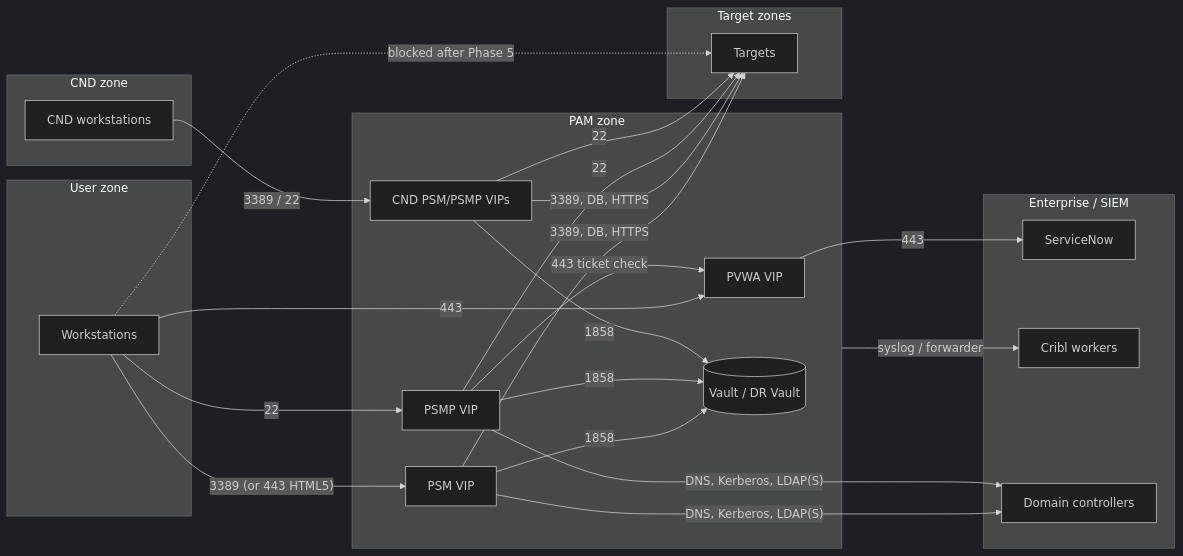
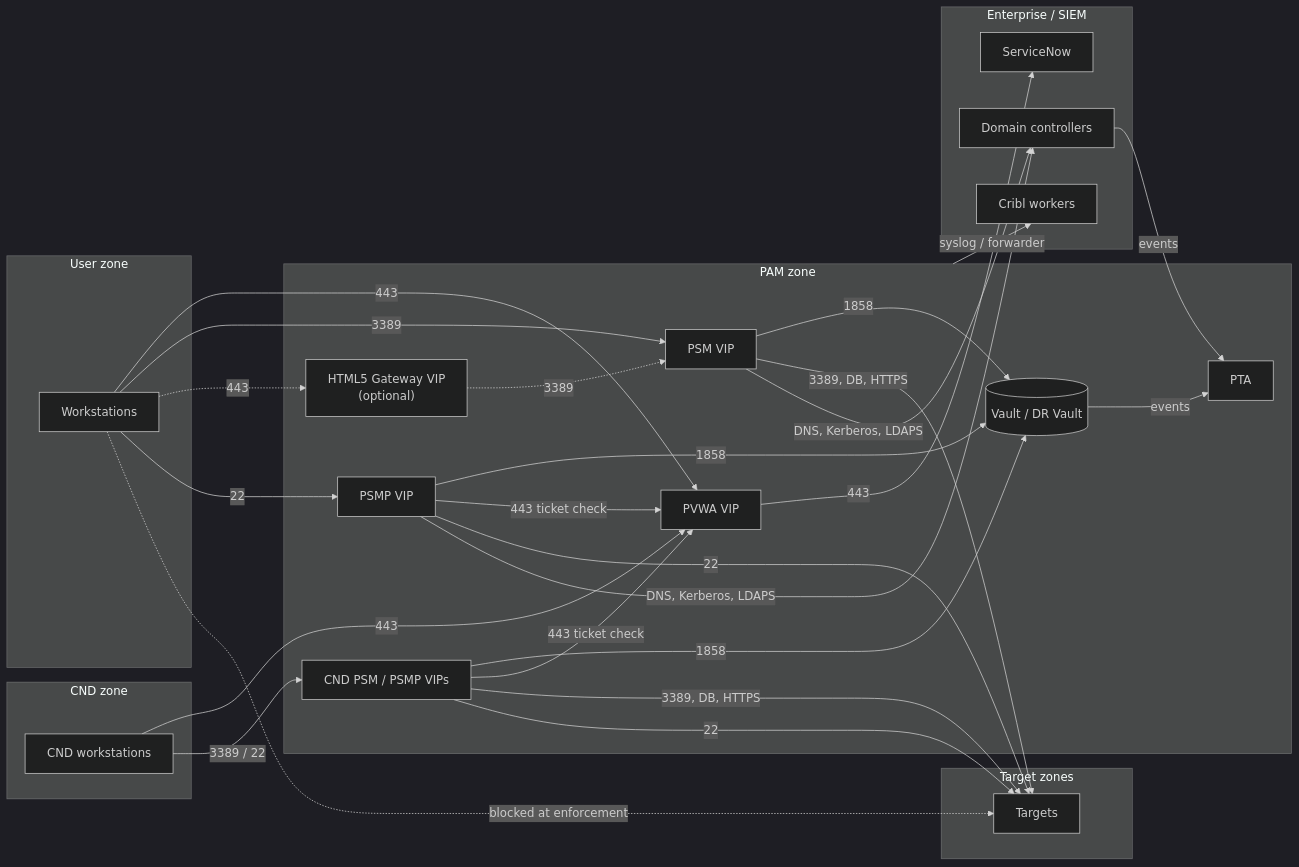
Before and after one commit to cnampalli/CB-Raap-Vault: the third of 11 diagrams in docs/cyberark-psm/impact-assessment.md, drawn with Mermaid (dark theme). The commit also changed other lines of this file, not shown here.

First line of the commit message:
docs(psm): impact assessment v0.9 - stakeholder review, gates, design deliverables

````diff
--- a/docs/cyberark-psm/impact-assessment.md
+++ b/docs/cyberark-psm/impact-assessment.md
@@ -365,36 +467,41 @@
 ```mermaid
 flowchart LR
     subgraph UZ["User zone"]
         WS["Workstations"]
     end
     subgraph CZ["CND zone"]
         CWS["CND workstations"]
     end
     subgraph PZ["PAM zone"]
         PVWA["PVWA VIP"]
         PSMV["PSM VIP"]
+        GWV["HTML5 Gateway VIP<br/>(optional)"]
         PSMPV["PSMP VIP"]
-        CNDV["CND PSM/PSMP VIPs"]
+        CNDV["CND PSM / PSMP VIPs"]
         VLT[("Vault / DR Vault")]
+        PTA["PTA"]
     end
     subgraph TZ["Target zones"]
         T["Targets"]
     end
     subgraph SZ["Enterprise / SIEM"]
         SN["ServiceNow"]
         CR["Cribl workers"]
         DC["Domain controllers"]
     end
-    WS -->|"443"| PVWA
-    WS -->|"3389 (or 443 HTML5)"| PSMV
+    WS & CWS -->|"443"| PVWA
+    WS -->|"3389"| PSMV
+    WS -.->|"443"| GWV
+    GWV -.->|"3389"| PSMV
     WS -->|"22"| PSMPV
     CWS -->|"3389 / 22"| CNDV
     PSMV & PSMPV & CNDV -->|"1858"| VLT
-    PSMPV -->|"443 ticket check"| PVWA
+    PSMPV & CNDV -->|"443 ticket check"| PVWA
     PVWA -->|"443"| SN
     PSMV & CNDV -->|"3389, DB, HTTPS"| T
     PSMPV & CNDV -->|"22"| T
-    PSMV & PSMPV -->|"DNS, Kerberos, LDAP(S)"| DC
+    PSMV & PSMPV -->|"DNS, Kerberos, LDAPS"| DC
+    VLT & DC -->|"events"| PTA
     PZ -->|"syslog / forwarder"| CR
-    WS -. "blocked after Phase 5" .-> T
+    WS -. "blocked at enforcement" .-> T
 ```
````
